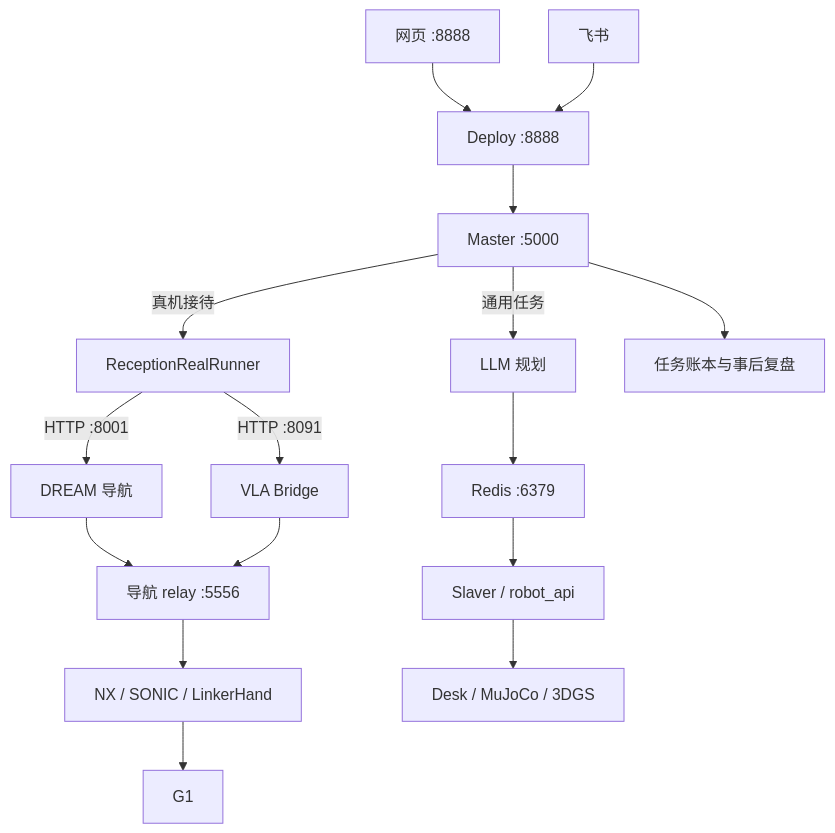
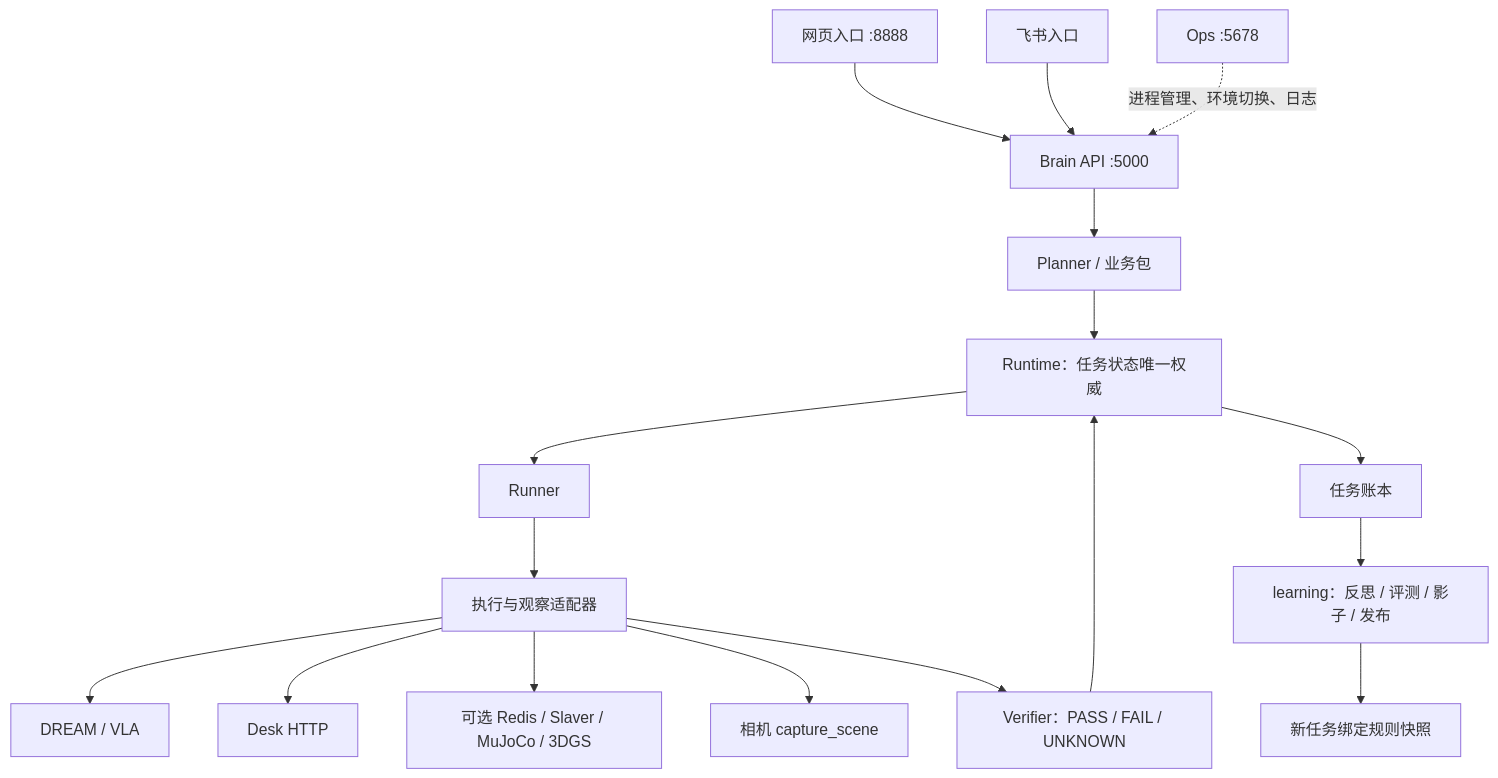
The diagram in docs/架构说明_三端架构.md (ForgeAI-Robotics/Connection), drawn with Mermaid before and after one commit. The commit also changed other lines of this file and 195 other files, not shown here.

````diff
--- a/docs/架构说明_三端架构.md
+++ b/docs/架构说明_三端架构.md
@@ -21,21 +21,19 @@
 ```mermaid
 flowchart TD
-    U1[网页 :8888] --> D[Deploy :8888]
-    U2[飞书] --> D
-    D --> M[Master :5000]
-
-    M -->|真机接待| R[ReceptionRealRunner]
-    R -->|HTTP :8001| N[DREAM 导航]
-    R -->|HTTP :8091| V[VLA Bridge]
-    N --> Q[导航 relay :5556]
-    V --> Q
-    Q --> X[NX / SONIC / LinkerHand]
-    X --> G[G1]
-
-    M -->|通用任务| P[LLM 规划]
-    P --> C[Redis :6379]
-    C --> S[Slaver / robot_api]
-    S --> SIM[Desk / MuJoCo / 3DGS]
-
-    M --> E[任务账本与事后复盘]
+    W[网页入口 :8888] --> A[Brain API :5000]
+    F[飞书入口] --> A
+    A --> P[Planner / 业务包]
+    P --> R[Runtime：任务状态唯一权威]
+    R --> U[Runner]
+    U --> B[执行与观察适配器]
+    B --> D[DREAM / VLA]
+    B --> T[Desk HTTP]
+    B --> S[可选 Redis / Slaver / MuJoCo / 3DGS]
+    B --> C[相机 capture_scene]
+    B --> V[Verifier：PASS / FAIL / UNKNOWN]
+    V --> R
+    R --> L[任务账本]
+    L --> E[learning：反思 / 评测 / 影子 / 发布]
+    E --> N[新任务绑定规则快照]
+    O[Ops :5678] -.进程管理、环境切换、日志.-> A
 ```
````
